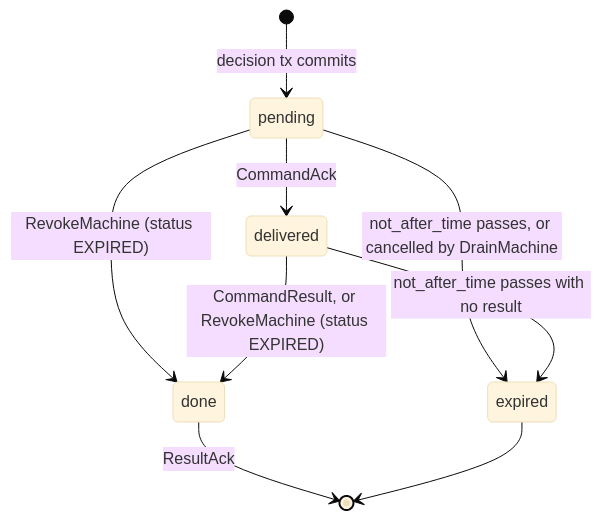
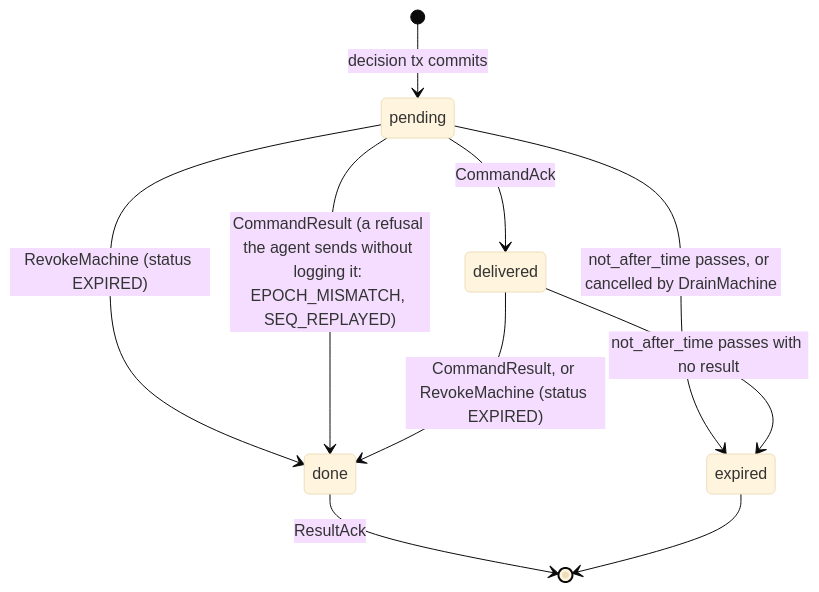
One commit to linuxdynasty/fleet-board changed the third of 3 diagrams in docs/specs/02i-delivery-and-sequencing.md. Above: the diagram before and after it, drawn with Mermaid (base theme). The commit also changed other lines of this file and 8 other files, not shown here.

First line of the commit message:
Agent store: log a command and apply its seq in one job (row 6 PR 6e, store part) (#194)

````diff
--- a/docs/specs/02i-delivery-and-sequencing.md
+++ b/docs/specs/02i-delivery-and-sequencing.md
@@ -311,11 +313,12 @@
 ```mermaid
 stateDiagram-v2
   [*] --> pending: decision tx commits
   pending --> delivered: CommandAck
   pending --> expired: not_after_time passes, or cancelled by DrainMachine
   pending --> done: RevokeMachine (status EXPIRED)
+  pending --> done: CommandResult (a refusal the agent sends without logging it: EPOCH_MISMATCH, SEQ_REPLAYED)
   delivered --> done: CommandResult, or RevokeMachine (status EXPIRED)
   delivered --> expired: not_after_time passes with no result
   done --> [*]: ResultAck
   expired --> [*]
 ```
````
